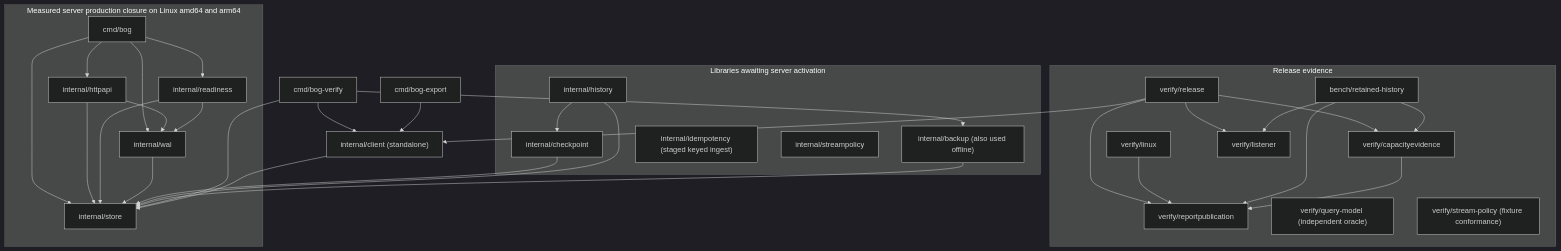
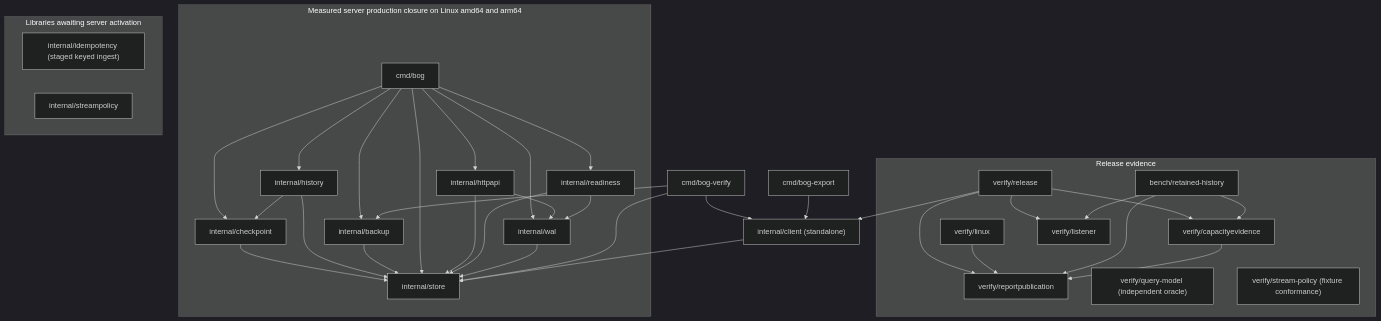
The diagram in docs/architecture/SYSTEM.md (tflynn3/bog), drawn with Mermaid (dark theme) before and after one commit. The commit also changed other lines of this file and 43 other files, not shown here.

````diff
--- a/docs/architecture/SYSTEM.md
+++ b/docs/architecture/SYSTEM.md
@@ -49,57 +45,60 @@
 ```mermaid
 flowchart TD
     subgraph Runtime["Measured server production closure on Linux amd64 and arm64"]
         Cmd["cmd/bog"]
         HTTP["internal/httpapi"]
         Ready["internal/readiness"]
         WAL["internal/wal"]
         Store["internal/store"]
+        Checkpoint["internal/checkpoint"]
+        History["internal/history"]
+        Backup["internal/backup"]
+        Cmd --> Checkpoint
+        Cmd --> History
+        Cmd --> Backup
+        History --> Checkpoint
+        Checkpoint --> Store
+        History --> Store
+        Backup --> Store
         Cmd --> HTTP
         Cmd --> Ready
         Cmd --> WAL
         Cmd --> Store
         HTTP --> WAL
         HTTP --> Store
         Ready --> WAL
         Ready --> Store
         WAL --> Store
     end
     Operator["cmd/bog-verify"]
     Export["cmd/bog-export"]
     subgraph Staged["Libraries awaiting server activation"]
-        Checkpoint["internal/checkpoint"]
-        History["internal/history"]
-        Backup["internal/backup (also used offline)"]
         Idempotency["internal/idempotency (staged keyed ingest)"]
         StreamPolicyEngine["internal/streampolicy"]
-        History --> Checkpoint
     end
     Client["internal/client (standalone)"]
-    Checkpoint --> Store
-    History --> Store
-    Backup --> Store
     Operator --> Backup
     Operator --> Client
     Operator --> Store
     Export --> Client
     Client --> Store
     subgraph Evidence["Release evidence"]
         Admission["verify/release"]
         Durability["verify/linux"]
         Capacity["bench/retained-history"]
         CapacityEvidence["verify/capacityevidence"]
         ReportPublication["verify/reportpublication"]
         Listener["verify/listener"]
         Model["verify/query-model (independent oracle)"]
         StreamPolicy["verify/stream-policy (fixture conformance)"]
         Admission --> Listener
         Capacity --> Listener
         Admission --> CapacityEvidence
         Capacity --> CapacityEvidence
         Admission --> ReportPublication
         Durability --> ReportPublication
         Capacity --> ReportPublication
         CapacityEvidence --> ReportPublication
     end
     Admission --> Client
 ```
````
